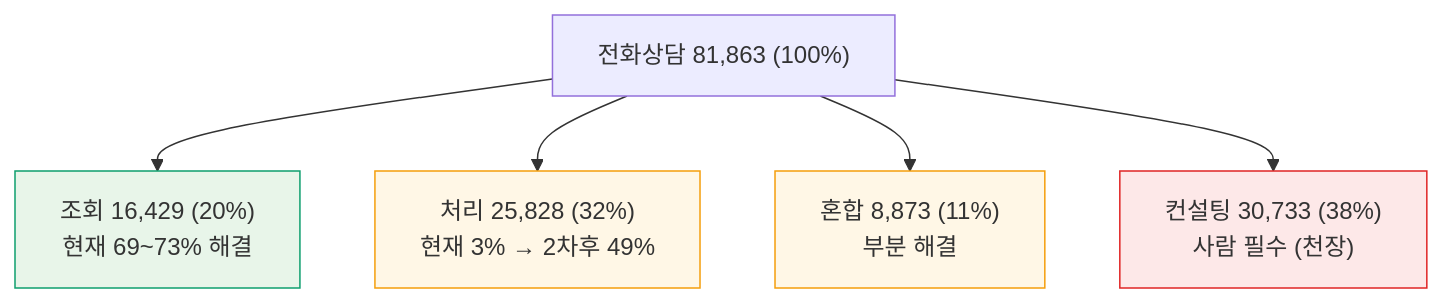
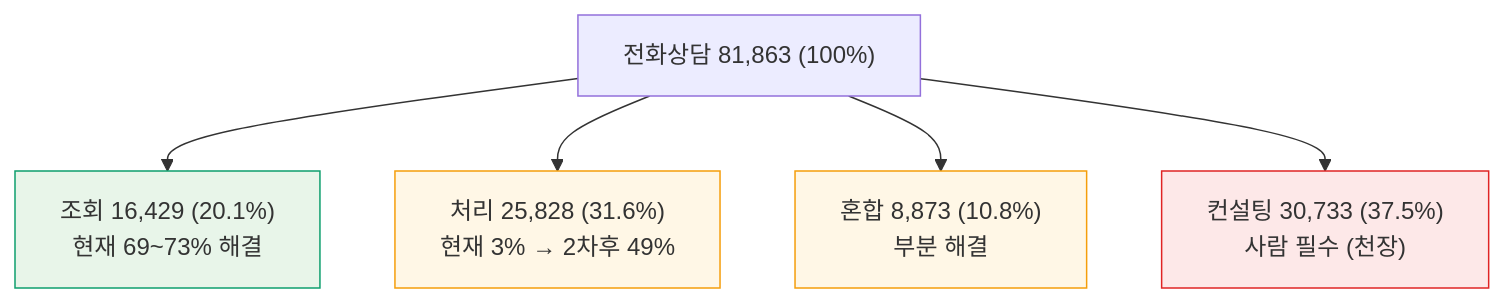
Before and after one commit to layr8x/Wiki: the third of 6 diagrams in analysis/myclass-chatbot/마이클래스챗봇_6월상담_심층분석_컨플루언스.md, drawn with Mermaid. The commit also changed other lines of this file, not shown here.

````diff
--- a/analysis/myclass-chatbot/마이클래스챗봇_6월상담_심층분석_컨플루언스.md
+++ b/analysis/myclass-chatbot/마이클래스챗봇_6월상담_심층분석_컨플루언스.md
@@ -214,11 +212,11 @@
 ```mermaid
 graph TD
-    T["전화상담 81,863 (100%)"] --> R["조회 16,429 (20%)<br>현재 69~73% 해결"]
-    T --> P["처리 25,828 (32%)<br>현재 3% → 2차후 49%"]
-    T --> M["혼합 8,873 (11%)<br>부분 해결"]
-    T --> C["컨설팅 30,733 (38%)<br>사람 필수 (천장)"]
+    T["전화상담 81,863 (100%)"] --> R["조회 16,429 (20.1%)<br>현재 69~73% 해결"]
+    T --> P["처리 25,828 (31.6%)<br>현재 3% → 2차후 49%"]
+    T --> M["혼합 8,873 (10.8%)<br>부분 해결"]
+    T --> C["컨설팅 30,733 (37.5%)<br>사람 필수 (천장)"]
     classDef now fill:#e8f5e9,stroke:#0e9f6e;
     classDef later fill:#fff7e6,stroke:#f59e0b;
     classDef never fill:#fde8e8,stroke:#e02424;
     class R now; class P later; class M later; class C never;
 ```
````
